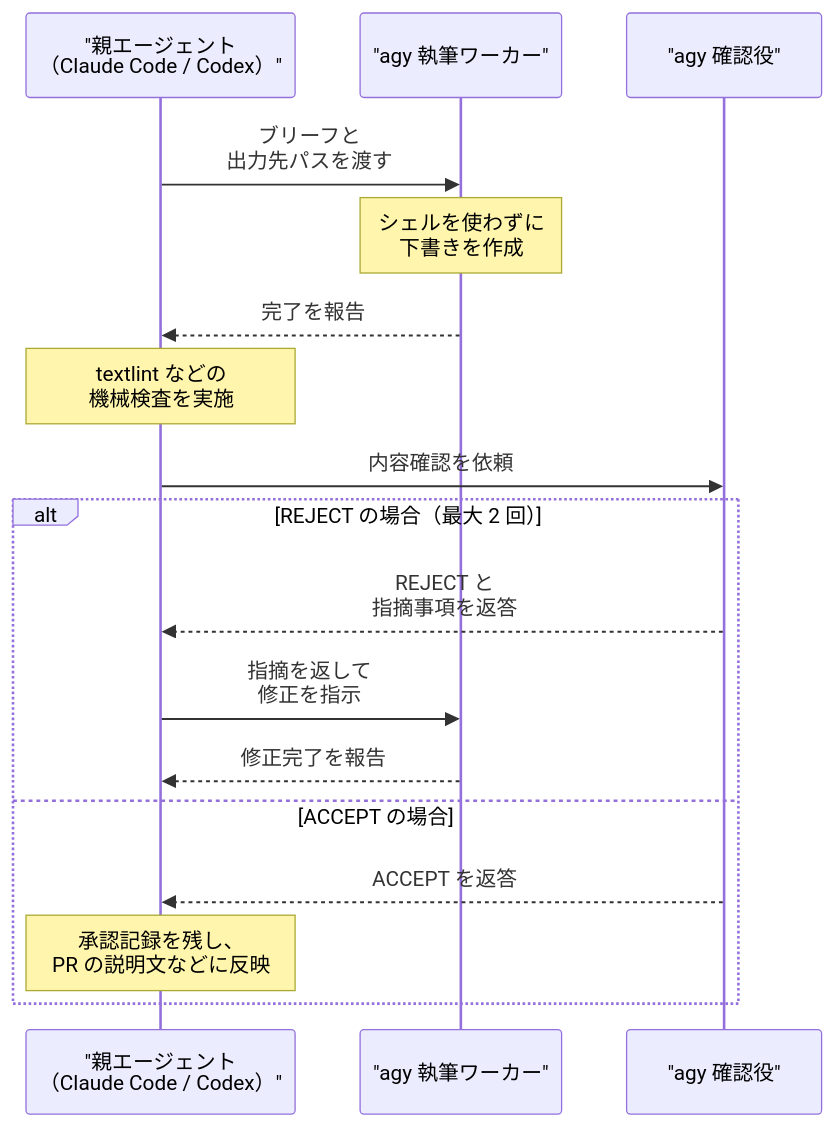
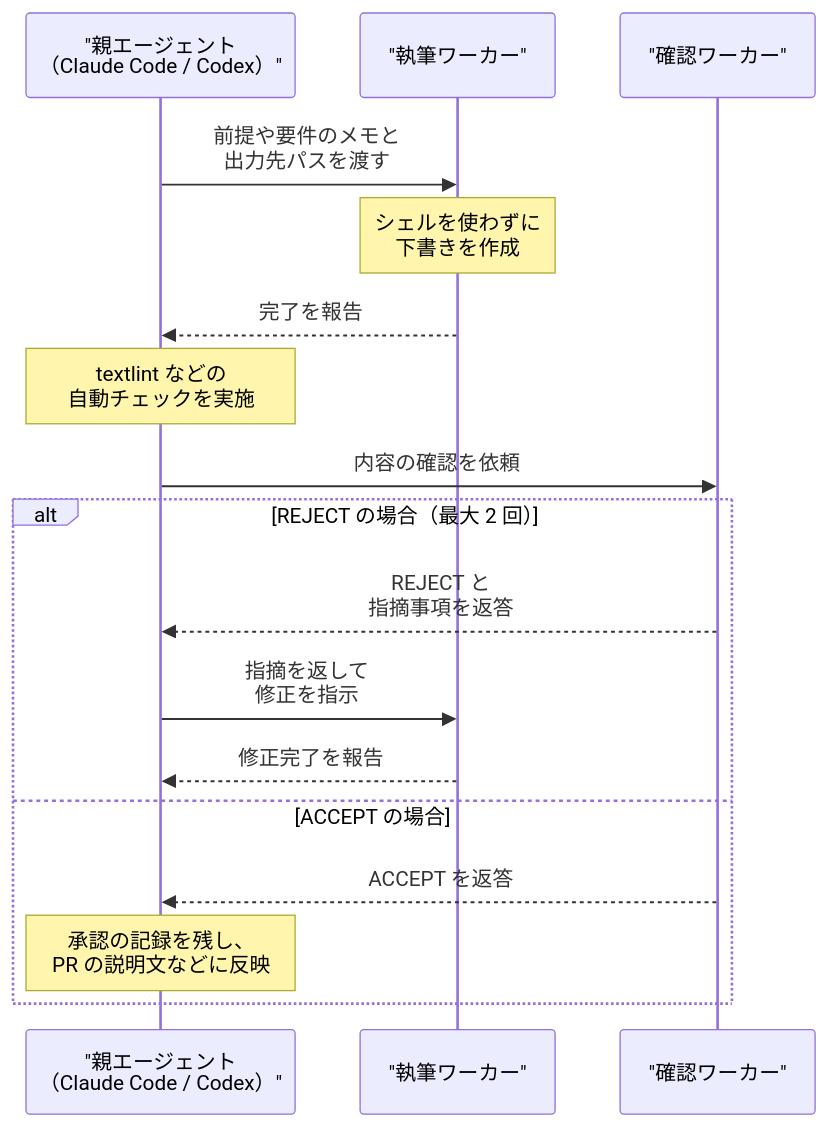
Before and after one commit to shunk031/zenn-contents: the second of 2 diagrams in articles/agy-gemini-japanese-skill.md, drawn with Mermaid. The commit also changed other lines of this file and 1 other file, not shown here.

Commit message:
docs(articles): apply first-read fixes to agy-gemini-japanese-skill

````diff
--- a/articles/agy-gemini-japanese-skill.md
+++ b/articles/agy-gemini-japanese-skill.md
@@ -137,20 +151,20 @@
 ```mermaid
 sequenceDiagram
     participant Parent as "親エージェント<br>（Claude Code / Codex）"
-    participant Writer as "agy 執筆ワーカー"
-    participant Reviewer as "agy 確認役"
+    participant Writer as "執筆ワーカー"
+    participant Reviewer as "確認ワーカー"
 
-    Parent->>Writer: ブリーフと<br>出力先パスを渡す
+    Parent->>Writer: 前提や要件のメモと<br>出力先パスを渡す
     Note over Writer: シェルを使わずに<br>下書きを作成
     Writer-->>Parent: 完了を報告
-    Note over Parent: textlint などの<br>機械検査を実施
-    Parent->>Reviewer: 内容確認を依頼
+    Note over Parent: textlint などの<br>自動チェックを実施
+    Parent->>Reviewer: 内容の確認を依頼
     alt REJECT の場合（最大 2 回）
         Reviewer-->>Parent: REJECT と<br>指摘事項を返答
         Parent->>Writer: 指摘を返して<br>修正を指示
         Writer-->>Parent: 修正完了を報告
     else ACCEPT の場合
         Reviewer-->>Parent: ACCEPT を返答
-        Note over Parent: 承認記録を残し、<br>PR の説明文などに反映
+        Note over Parent: 承認の記録を残し、<br>PR の説明文などに反映
     end
 ```
````
